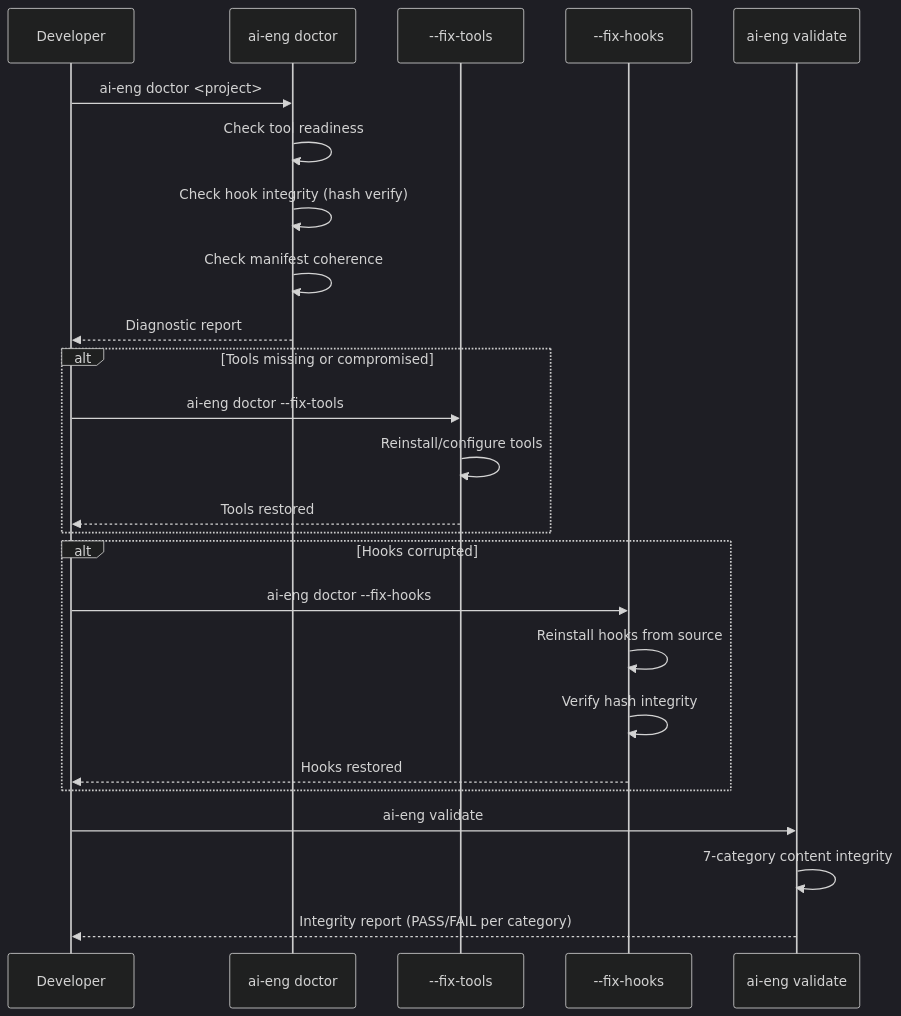
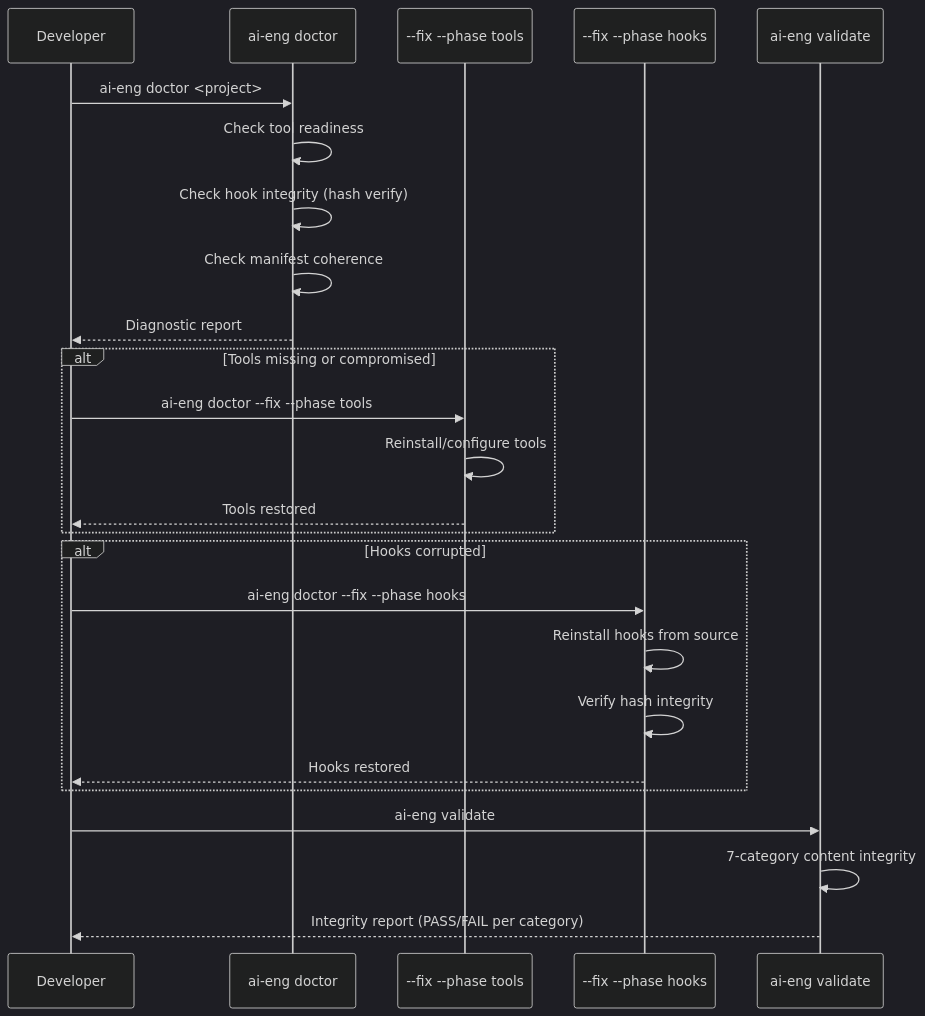
The ninth of 10 diagrams in docs/solution-intent.md (arcasilesgroup/ai-engineering), drawn with Mermaid (dark theme) before and after one commit. The commit also changed other lines of this file and 66 other files, not shown here.

````diff
--- a/docs/solution-intent.md
+++ b/docs/solution-intent.md
@@ -505,31 +505,31 @@
 ```mermaid
 sequenceDiagram
     participant Dev as Developer
     participant Doctor as ai-eng doctor
-    participant FixTools as --fix-tools
-    participant FixHooks as --fix-hooks
+    participant FixTools as --fix --phase tools
+    participant FixHooks as --fix --phase hooks
     participant Validate as ai-eng validate
 
     Dev->>Doctor: ai-eng doctor <project>
     Doctor->>Doctor: Check tool readiness
     Doctor->>Doctor: Check hook integrity (hash verify)
     Doctor->>Doctor: Check manifest coherence
     Doctor-->>Dev: Diagnostic report
 
     alt Tools missing or compromised
-        Dev->>FixTools: ai-eng doctor --fix-tools
+        Dev->>FixTools: ai-eng doctor --fix --phase tools
         FixTools->>FixTools: Reinstall/configure tools
         FixTools-->>Dev: Tools restored
     end
 
     alt Hooks corrupted
-        Dev->>FixHooks: ai-eng doctor --fix-hooks
+        Dev->>FixHooks: ai-eng doctor --fix --phase hooks
         FixHooks->>FixHooks: Reinstall hooks from source
         FixHooks->>FixHooks: Verify hash integrity
         FixHooks-->>Dev: Hooks restored
     end
 
     Dev->>Validate: ai-eng validate
     Validate->>Validate: 7-category content integrity
     Validate-->>Dev: Integrity report (PASS/FAIL per category)
 ```
````
